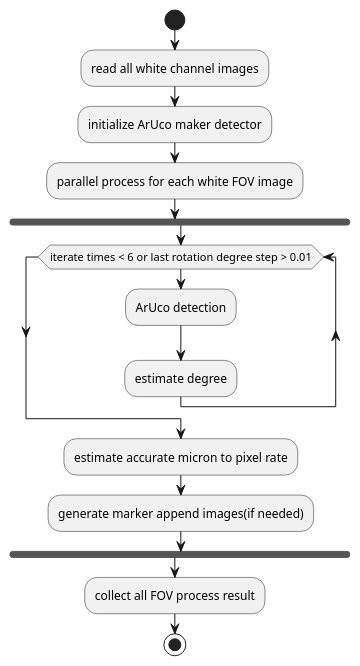
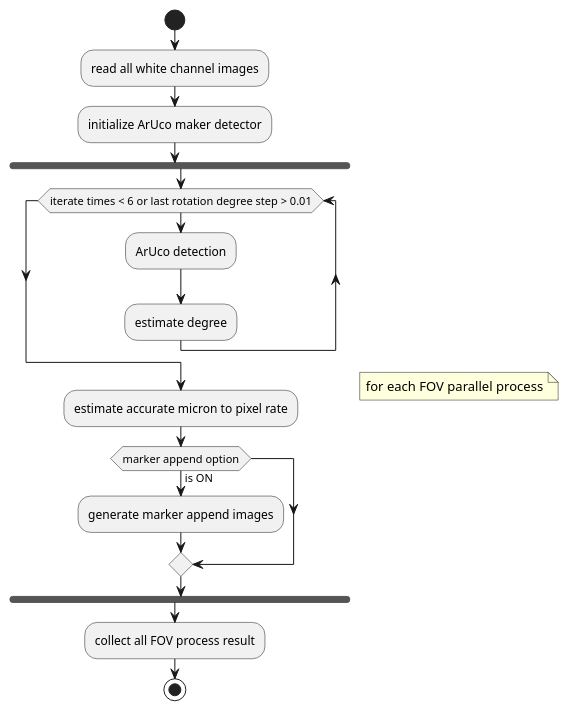
The second of 4 diagrams in doc/algorithm.md (jeff665547/Project-Summit.Grid), drawn with PlantUML before and after one commit. The commit also changed other lines of this file and 12 other files, not shown here.

```diff
--- a/doc/algorithm.md
+++ b/doc/algorithm.md
@@ -48,18 +69,22 @@
-@startuml
+@startuml {white-channel-image-process.png}
 
 start
 :read all white channel images;
 :initialize ArUco maker detector;
-:parallel process for each white FOV image;
 fork
     while(iterate times < 6 or last rotation degree step > 0.01)
         :ArUco detection;
         :estimate degree;
     endwhile
     :estimate accurate micron to pixel rate;
-    :generate marker append images(if needed);
+    if (marker append option) then (is ON)
+        :generate marker append images;
+    endif;
 end fork
+note right
+    for each FOV parallel process
+end note
 :collect all FOV process result;
 stop
 
 @enduml
```
